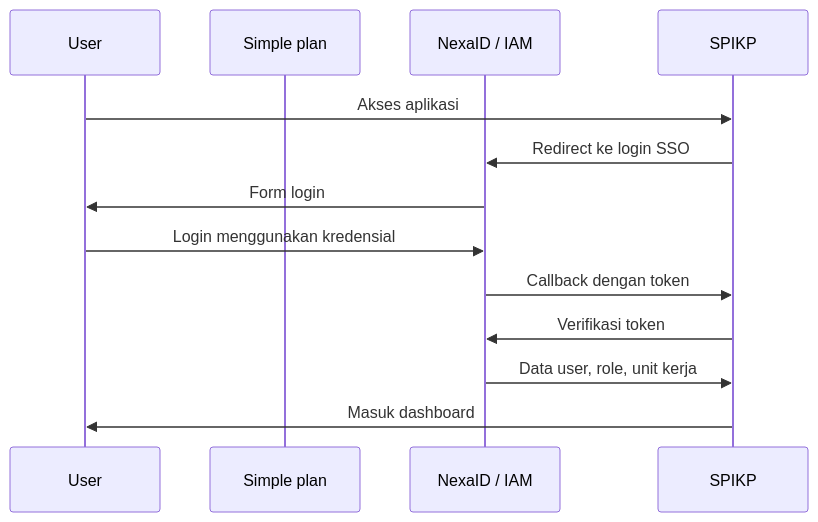
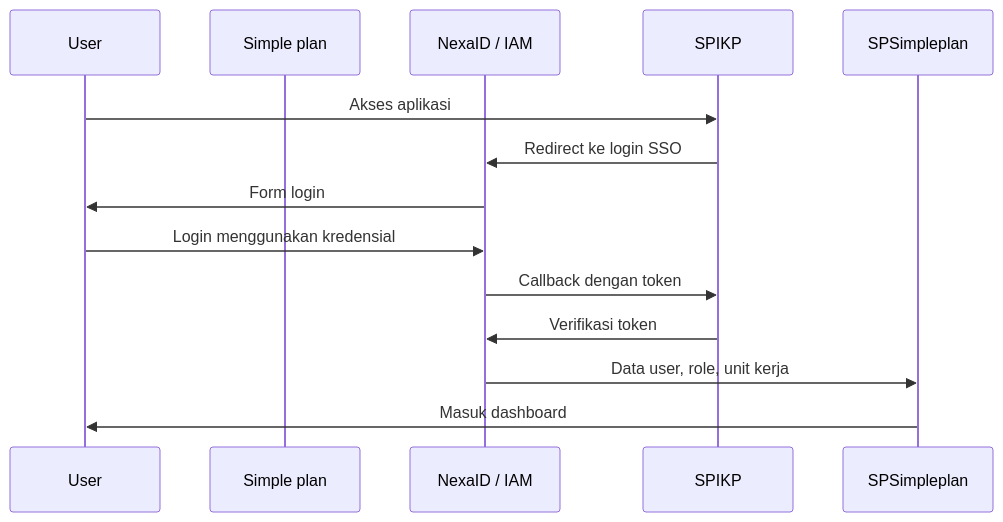
Before and after one commit to RSCH-Platform/Simple-Plan-: the diagram in README.md, drawn with Mermaid.

````diff
--- a/README.md
+++ b/README.md
@@ -494,15 +494,15 @@
 ```mermaid
 sequenceDiagram
     participant User
     participant Simple plan
     participant IAM as NexaID / IAM
 
     User->>SPIKP: Akses aplikasi
     SPIKP->>IAM: Redirect ke login SSO
     IAM->>User: Form login
     User->>IAM: Login menggunakan kredensial
     IAM->>SPIKP: Callback dengan token
     SPIKP->>IAM: Verifikasi token
-    IAM->>SPIKP: Data user, role, unit kerja
-    SPIKP->>User: Masuk dashboard
+    IAM->>SPSimpleplan: Data user, role, unit kerja
+    SPSimpleplan->>User: Masuk dashboard
 ```
````
